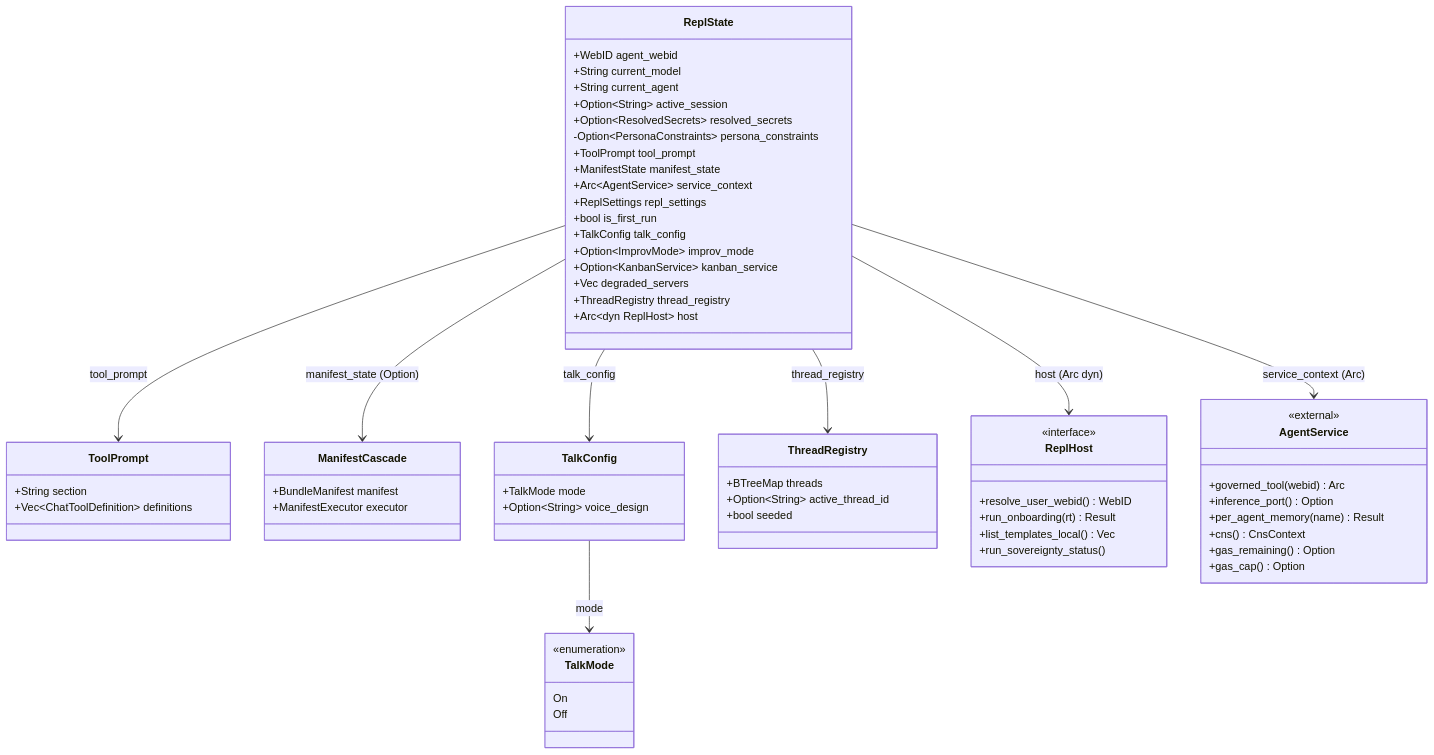
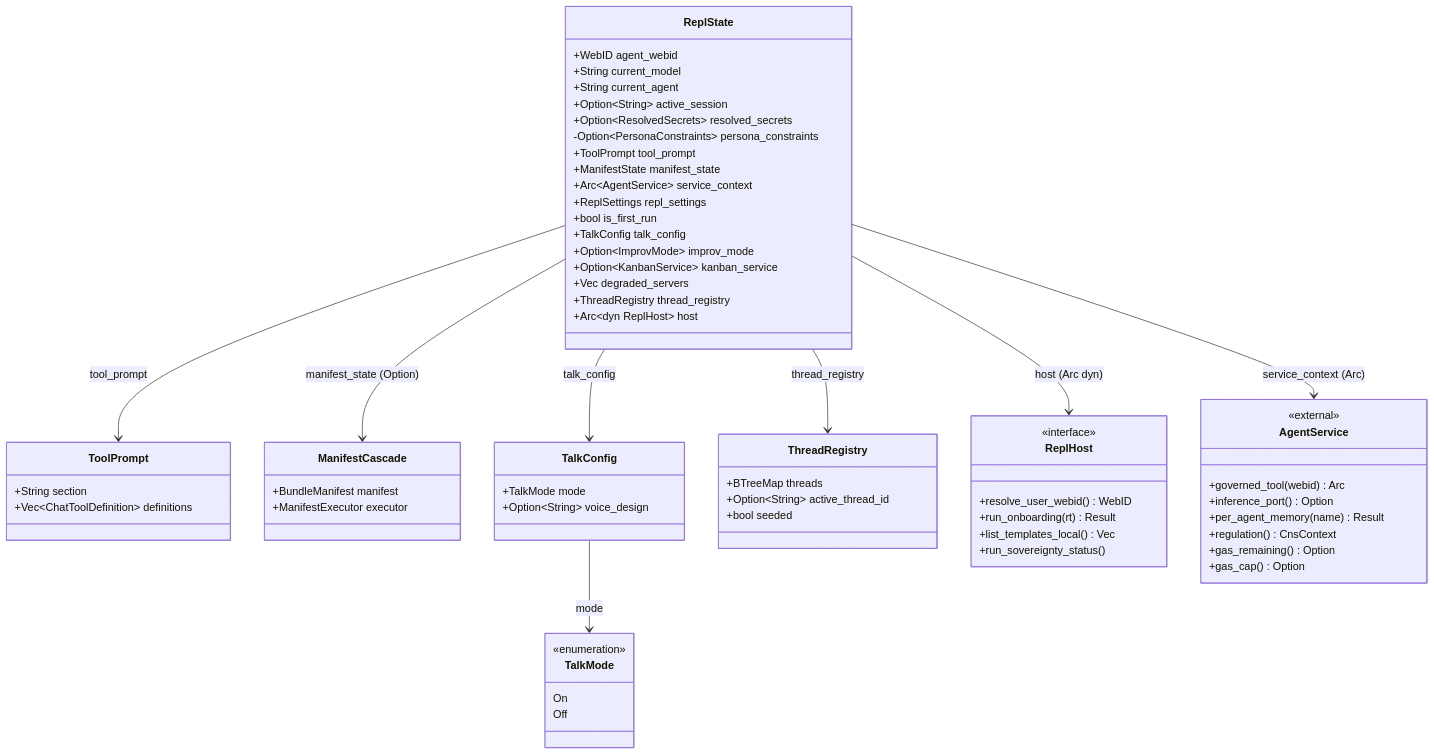
Before and after one commit to mdz-axo/hKask: the diagram in docs/diagrams/class-repl-state-decomposition.md, drawn with Mermaid. The commit also changed 54 other files, not shown here.

First line of the commit message:
Rename CNS to Regulation across docs and manifests

````diff
--- a/docs/diagrams/class-repl-state-decomposition.md
+++ b/docs/diagrams/class-repl-state-decomposition.md
@@ -15,68 +15,68 @@
 ```mermaid
 classDiagram
     class ReplState {
         +WebID agent_webid
         +String current_model
         +String current_agent
         +Option~String~ active_session
         +Option~ResolvedSecrets~ resolved_secrets
         -Option~PersonaConstraints~ persona_constraints
         +ToolPrompt tool_prompt
         +ManifestState manifest_state
         +Arc~AgentService~ service_context
         +ReplSettings repl_settings
         +bool is_first_run
         +TalkConfig talk_config
         +Option~ImprovMode~ improv_mode
         +Option~KanbanService~ kanban_service
         +Vec degraded_servers
         +ThreadRegistry thread_registry
         +Arc~dyn ReplHost~ host
     }
     class ToolPrompt {
         +String section
         +Vec~ChatToolDefinition~ definitions
     }
     class ManifestCascade {
         +BundleManifest manifest
         +ManifestExecutor executor
     }
     class TalkConfig {
         +TalkMode mode
         +Option~String~ voice_design
     }
     class TalkMode {
         <<enumeration>>
         On
         Off
     }
     class ThreadRegistry {
         +BTreeMap threads
         +Option~String~ active_thread_id
         +bool seeded
     }
     class ReplHost {
         <<interface>>
         +resolve_user_webid() WebID
         +run_onboarding(rt) Result
         +list_templates_local() Vec
         +run_sovereignty_status()
     }
     class AgentService {
         <<external>>
         +governed_tool(webid) Arc
         +inference_port() Option
         +per_agent_memory(name) Result
-        +cns() CnsContext
+        +regulation() CnsContext
         +gas_remaining() Option
         +gas_cap() Option
     }
 
     ReplState --> ToolPrompt : tool_prompt
     ReplState --> ManifestCascade : manifest_state (Option)
     ReplState --> TalkConfig : talk_config
     ReplState --> ThreadRegistry : thread_registry
     ReplState --> ReplHost : host (Arc dyn)
     ReplState --> AgentService : service_context (Arc)
     TalkConfig --> TalkMode : mode
 ```
````
